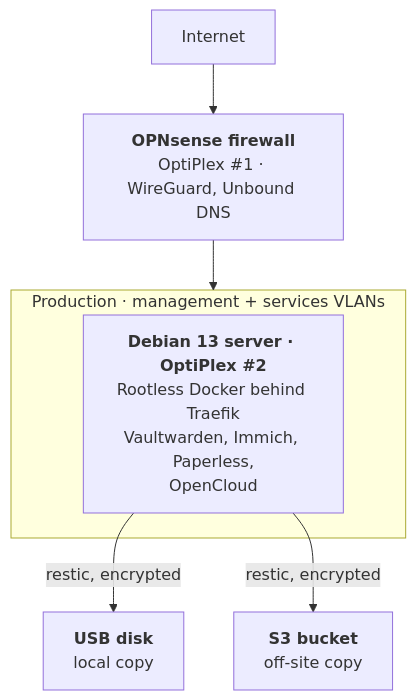
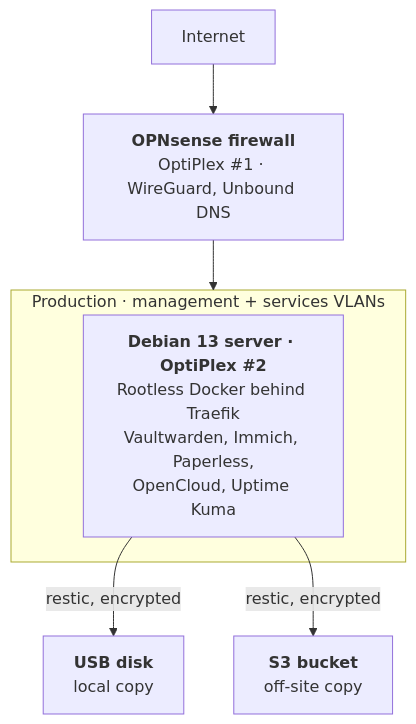
Before and after one commit to Gu35t09/homelab-prod: the diagram in README.md, drawn with Mermaid. The commit also changed other lines of this file, not shown here.

First line of the commit message:
Uptime Kuma on the production server

````diff
--- a/README.md
+++ b/README.md
@@ -36,17 +36,17 @@
 ```mermaid
 flowchart TD
     internet["Internet"]
     fw["<b>OPNsense firewall</b><br/>OptiPlex #1 · WireGuard, Unbound DNS"]
 
     subgraph prod["Production · management + services VLANs"]
-        srv["<b>Debian 13 server · OptiPlex #2</b><br/>Rootless Docker behind Traefik<br/>Vaultwarden, Immich, Paperless,<br/>OpenCloud"]
+        srv["<b>Debian 13 server · OptiPlex #2</b><br/>Rootless Docker behind Traefik<br/>Vaultwarden, Immich, Paperless,<br/>OpenCloud, Uptime Kuma"]
     end
 
     usb["<b>USB disk</b><br/>local copy"]
     backup["<b>S3 bucket</b><br/>off-site copy"]
 
     internet --> fw
     fw --> prod
     srv -- "restic, encrypted" --> usb
     srv -- "restic, encrypted" --> backup
 ```
````
